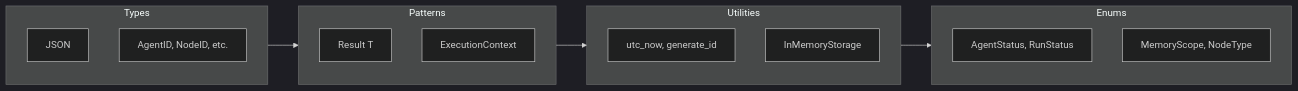
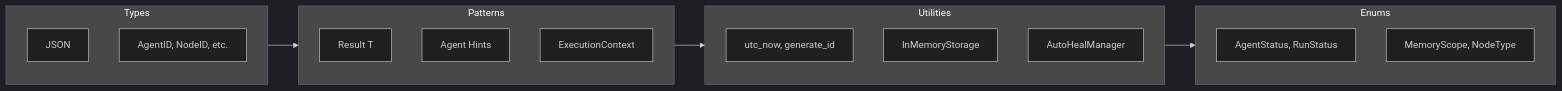
One commit to drchinca/cemaf changed the first of 2 diagrams in docs/core.md. Above: the diagram before and after it, drawn with Mermaid (dark theme). The commit also changed other lines of this file and 1 other file, not shown here.

First line of the commit message:
docs: add auto-healing, health checks, and experimental API documentation

````diff
--- a/docs/core.md
+++ b/docs/core.md
@@ -7,26 +7,28 @@
 ```mermaid
 flowchart LR
     subgraph Types
         JSON[JSON]
         IDS[AgentID, NodeID, etc.]
     end
 
     subgraph Patterns
         RESULT[Result T]
+        HINTS[Agent Hints]
         EXEC[ExecutionContext]
     end
 
     subgraph Utilities
         UTILS[utc_now, generate_id]
         STORAGE[InMemoryStorage]
+        RECOVERY[AutoHealManager]
     end
 
     subgraph Enums
         STATUS[AgentStatus, RunStatus]
         SCOPE[MemoryScope, NodeType]
     end
 
     Types --> Patterns
     Patterns --> Utilities
     Utilities --> Enums
 ```
````
